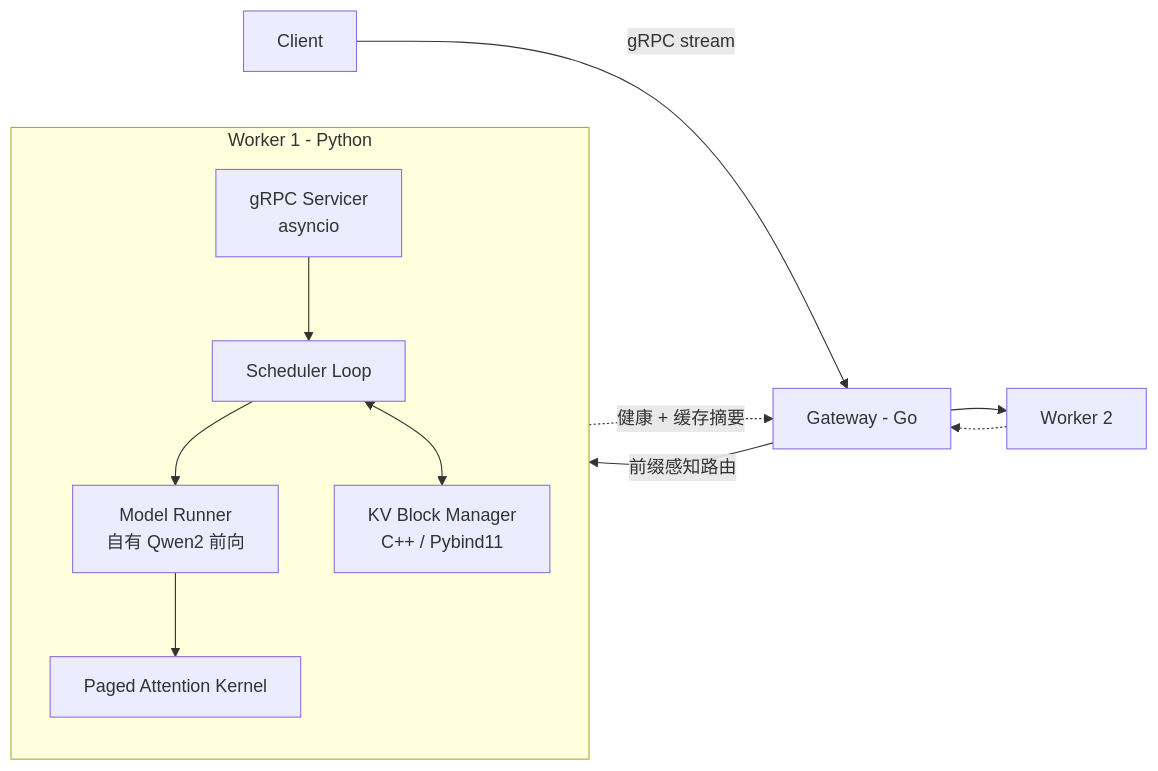
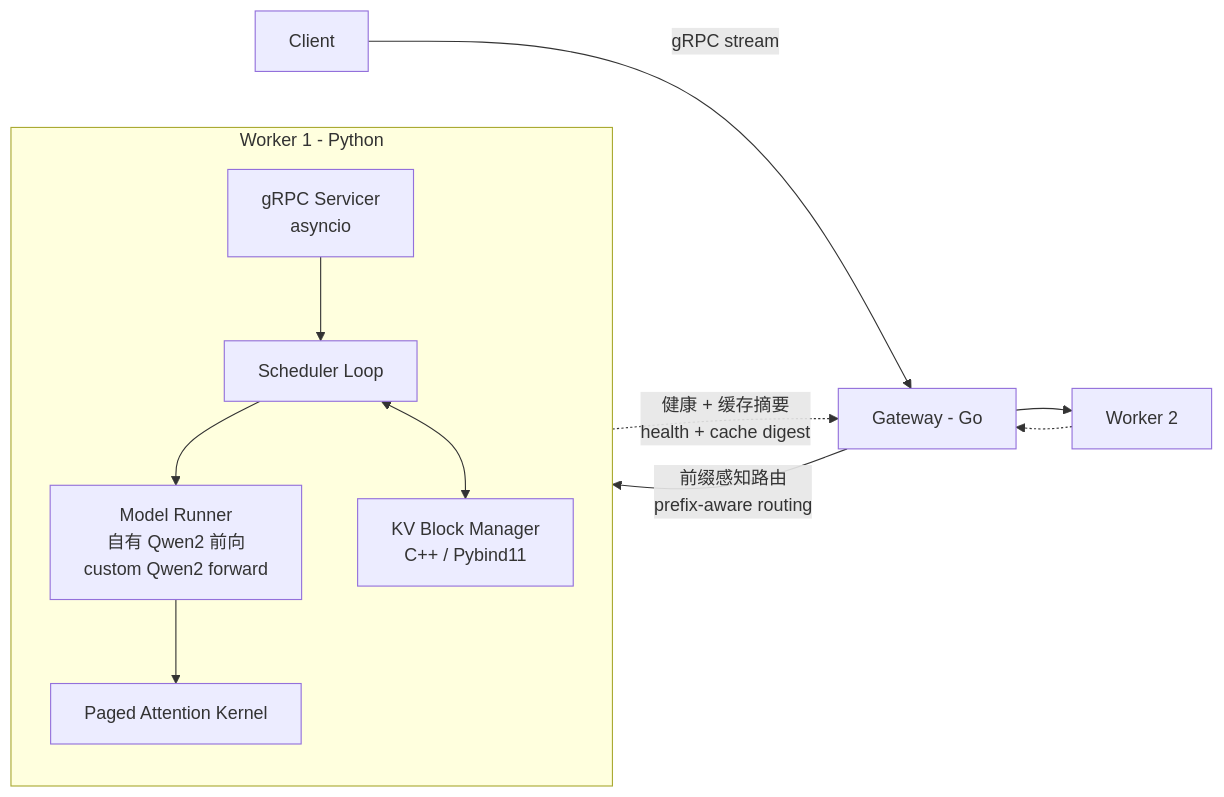
Before and after one commit to stanzixinwan/distie: the diagram in proposal.md, drawn with Mermaid. The commit also changed other lines of this file and 1 other file, not shown here.

````diff
--- a/proposal.md
+++ b/proposal.md
@@ -32,14 +49,14 @@
 ```mermaid
 flowchart LR
     C[Client] -->|gRPC stream| R[Gateway - Go]
-    R -->|前缀感知路由| W1
+    R -->|前缀感知路由<br/>prefix-aware routing| W1
     R --> W2[Worker 2]
-    W1 -.->|健康 + 缓存摘要| R
+    W1 -.->|健康 + 缓存摘要<br/>health + cache digest| R
     W2 -.-> R
     subgraph W1[Worker 1 - Python]
         S[gRPC Servicer<br/>asyncio] --> Q[Scheduler Loop]
-        Q --> M[Model Runner<br/>自有 Qwen2 前向]
+        Q --> M[Model Runner<br/>自有 Qwen2 前向<br/>custom Qwen2 forward]
         M --> K[Paged Attention Kernel]
         Q <--> B[KV Block Manager<br/>C++ / Pybind11]
     end
 ```
````
